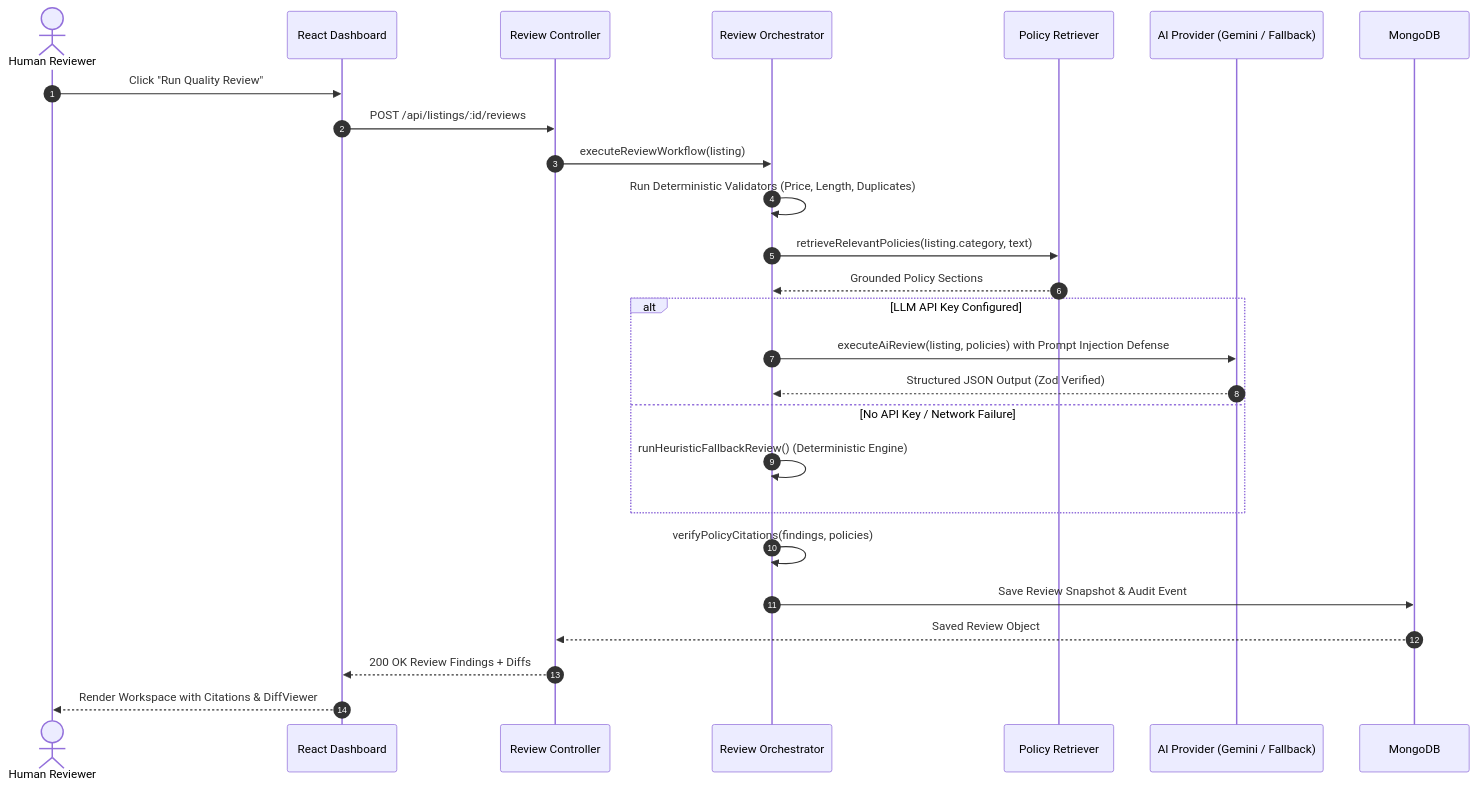
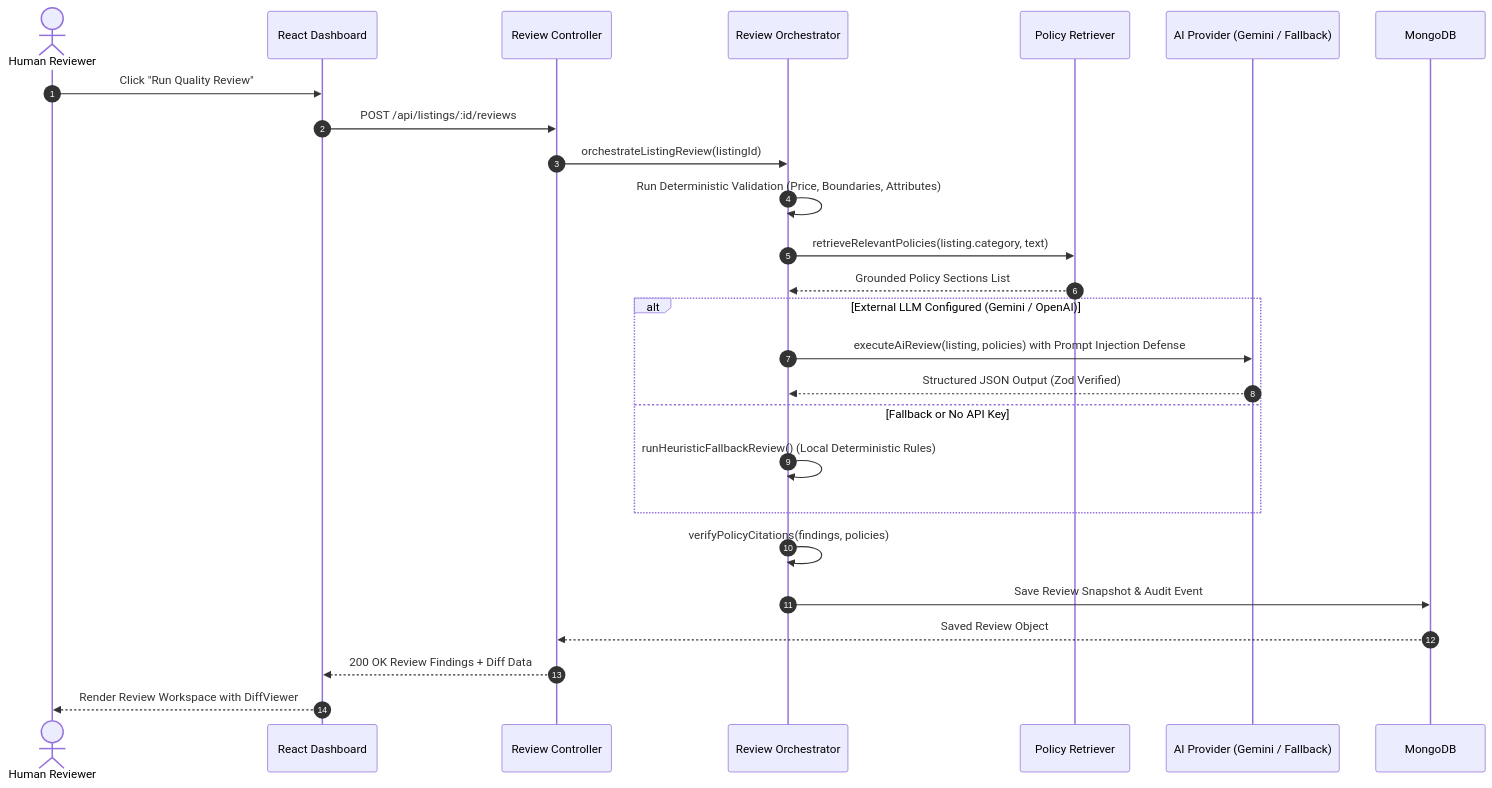
One commit to singhabhi11/marketplace-listing-reviewer changed the second of 3 diagrams in README.md. Above: the diagram before and after it, drawn with Mermaid. The commit also changed other lines of this file, not shown here.

Commit message:
docs: add complete project directory tree, clean verified mermaid diagrams, and updated api reference

````diff
--- a/README.md
+++ b/README.md
@@ -66,29 +76,29 @@
 ```mermaid
 sequenceDiagram
     autonumber
     actor Reviewer as Human Reviewer
     participant Client as React Dashboard
     participant API as Review Controller
     participant Engine as Review Orchestrator
     participant RAG as Policy Retriever
     participant AI as AI Provider (Gemini / Fallback)
     participant DB as MongoDB
 
     Reviewer->>Client: Click "Run Quality Review"
     Client->>API: POST /api/listings/:id/reviews
-    API->>Engine: executeReviewWorkflow(listing)
-    Engine->>Engine: Run Deterministic Validators (Price, Length, Duplicates)
+    API->>Engine: orchestrateListingReview(listingId)
+    Engine->>Engine: Run Deterministic Validation (Price, Boundaries, Attributes)
     Engine->>RAG: retrieveRelevantPolicies(listing.category, text)
-    RAG-->>Engine: Grounded Policy Sections
-    alt LLM API Key Configured
+    RAG-->>Engine: Grounded Policy Sections List
+    alt External LLM Configured (Gemini / OpenAI)
         Engine->>AI: executeAiReview(listing, policies) with Prompt Injection Defense
         AI-->>Engine: Structured JSON Output (Zod Verified)
-    else No API Key / Network Failure
-        Engine->>Engine: runHeuristicFallbackReview() (Deterministic Engine)
+    else Fallback or No API Key
+        Engine->>Engine: runHeuristicFallbackReview() (Local Deterministic Rules)
     end
     Engine->>Engine: verifyPolicyCitations(findings, policies)
     Engine->>DB: Save Review Snapshot & Audit Event
     DB-->>API: Saved Review Object
-    API-->>Client: 200 OK Review Findings + Diffs
-    Client-->>Reviewer: Render Workspace with Citations & DiffViewer
+    API-->>Client: 200 OK Review Findings + Diff Data
+    Client-->>Reviewer: Render Review Workspace with DiffViewer
 ```
````
